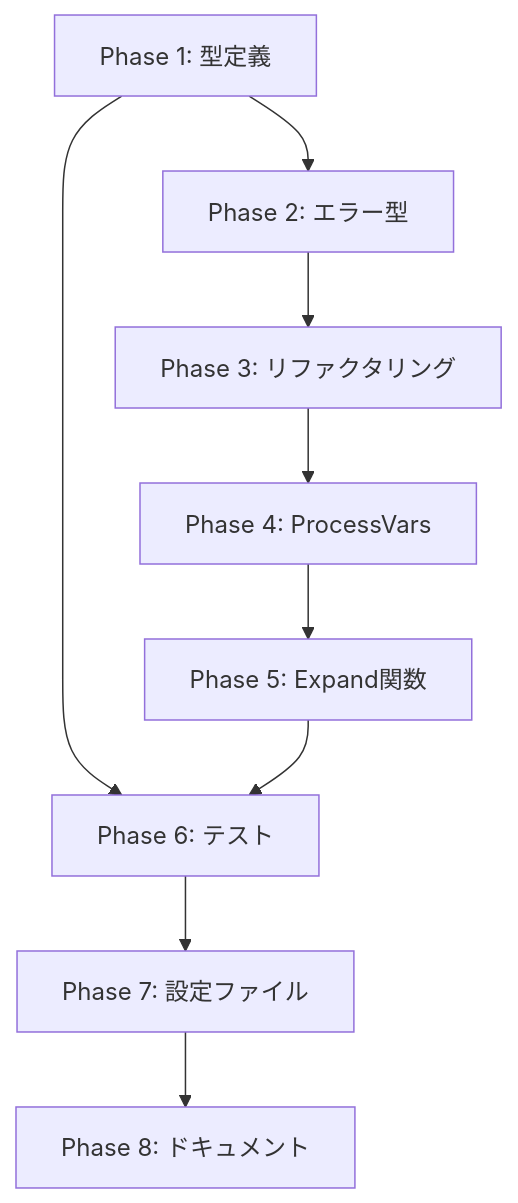
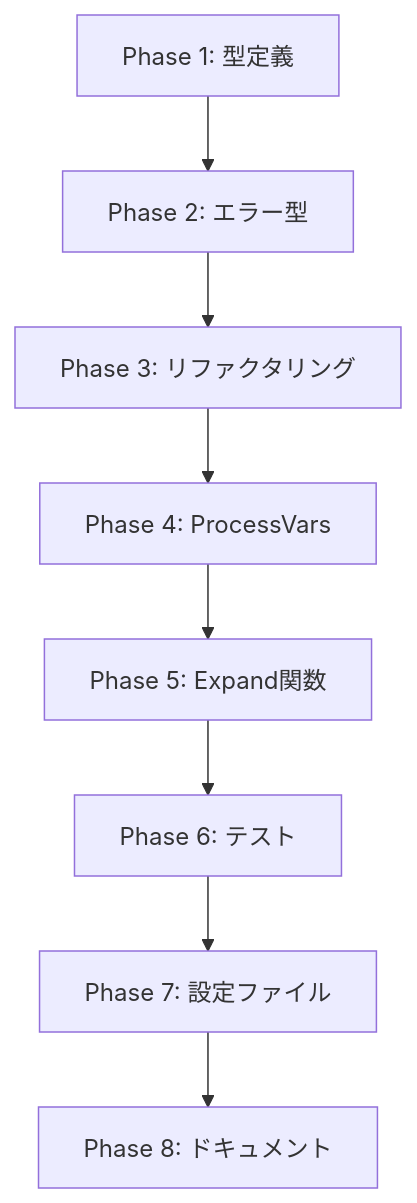
Before and after one commit to isseis/go-safe-cmd-runner: the diagram in docs/tasks/0063_vars_table_format/04_implementation_plan.md, drawn with Mermaid.

Commit message:
docs: simplify phase dependency graph to linear flow
Remove the P1 → P6 dependency arrow that implied testing could start
immediately after type definitions, running in parallel with core
implementation. This was confusing and not the intended workflow.

The dependency flow is now strictly linear:
P1 → P2 → P3 → P4 → P5 → P6 → P7 → P8

This makes it clear that:
- Testing (P6) begins only after all implementation is complete (P1-P5)
- No parallel phase execution is expected
- Dependencies are unambiguous for the team

🤖 Generated with [Claude Code](https://claude.com/claude-code)

````diff
--- a/docs/tasks/0063_vars_table_format/04_implementation_plan.md
+++ b/docs/tasks/0063_vars_table_format/04_implementation_plan.md
@@ -270,11 +270,10 @@
 ```mermaid
 graph TD
     P1[Phase 1: 型定義] --> P2[Phase 2: エラー型]
     P2 --> P3[Phase 3: リファクタリング]
     P3 --> P4[Phase 4: ProcessVars]
     P4 --> P5[Phase 5: Expand関数]
-    P1 --> P6[Phase 6: テスト]
-    P5 --> P6
+    P5 --> P6[Phase 6: テスト]
     P6 --> P7[Phase 7: 設定ファイル]
     P7 --> P8[Phase 8: ドキュメント]
 ```
````
